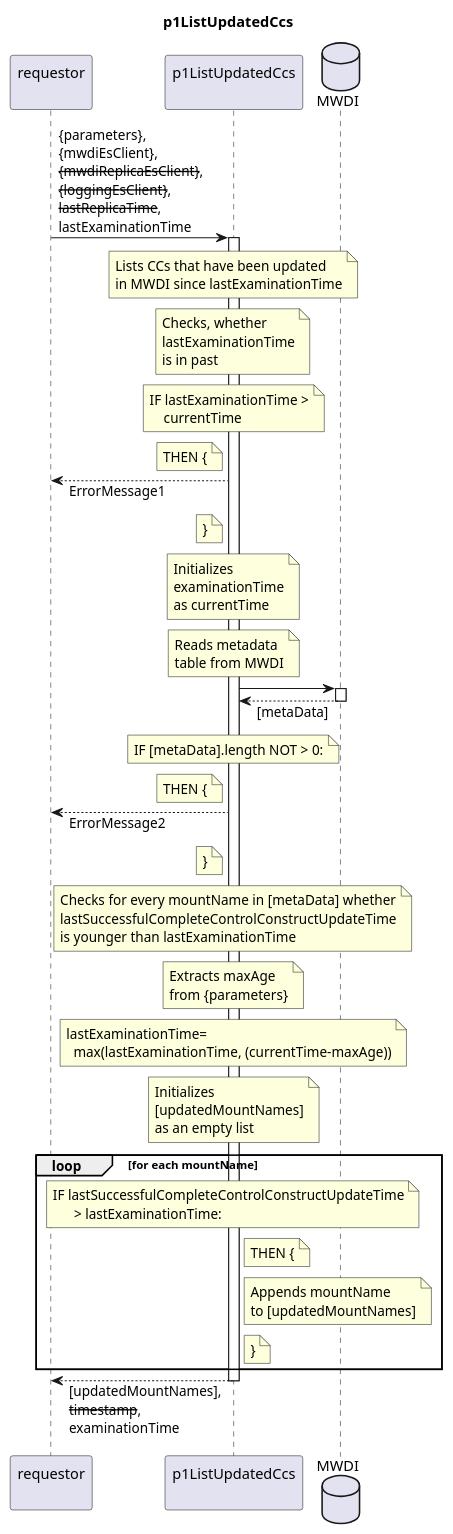
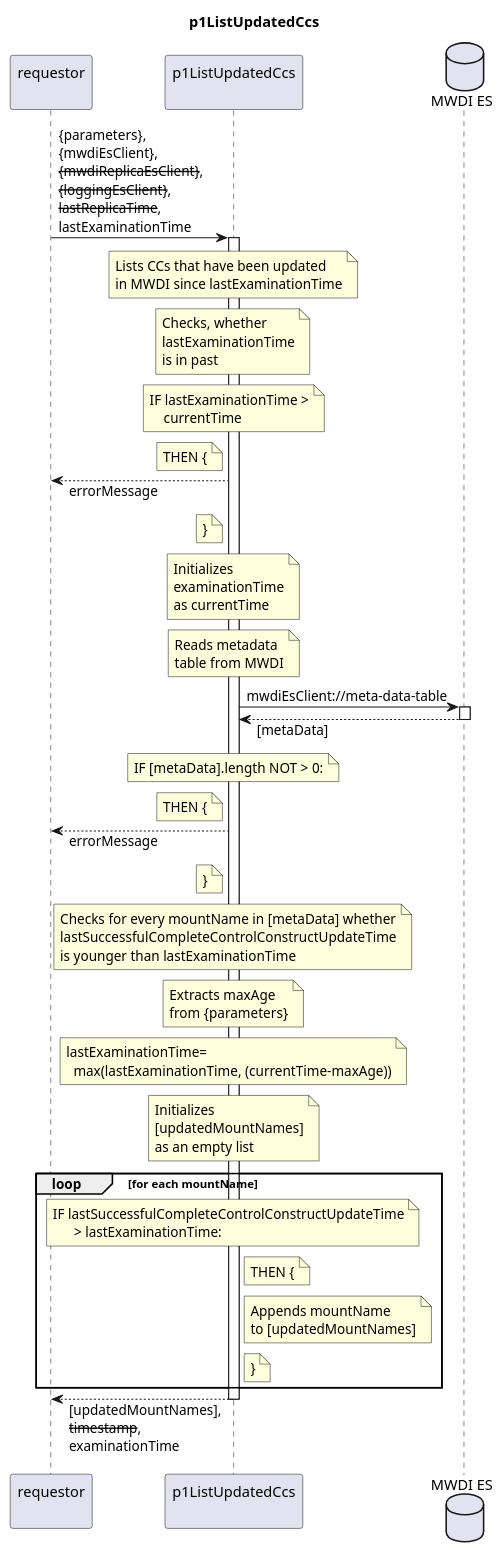
Before and after one commit to openBackhaul/FirmWareManager: the diagram in spec/Functions/Measurement/p1ListUpdatedCcs/1.0.0/p1ListUpdatedCcs.plantuml, drawn with PlantUML. The commit also changed 53 other files, not shown here.

```diff
--- a/spec/Functions/Measurement/p1ListUpdatedCcs/1.0.0/p1ListUpdatedCcs.plantuml
+++ b/spec/Functions/Measurement/p1ListUpdatedCcs/1.0.0/p1ListUpdatedCcs.plantuml
@@ -1,101 +1,101 @@
 @startuml p1ListUpdatedCcs
 skinparam responseMessageBelowArrow true
 
 title
   p1ListUpdatedCcs
 end title
 
 participant "requestor\n" as requestor
 participant "p1ListUpdatedCcs\n" as indServ
 
-database "MWDI" as Mwdi
+database "MWDI ES" as Mwdi
 
 requestor -> indServ: {parameters},\n{mwdiEsClient},\n--{mwdiReplicaEsClient}--,\n--{loggingEsClient}--,\n--lastReplicaTime--,\nlastExaminationTime
 activate indServ
 
   note over indServ
     Lists CCs that have been updated
     in MWDI since lastExaminationTime
   end note
 
   note over indServ
     Checks, whether
     lastExaminationTime
     is in past
   end note
   note over indServ
     IF lastExaminationTime >
         currentTime
   end note
   note left indServ
     THEN {
   end note
-  requestor <-- indServ: ErrorMessage1
+  requestor <-- indServ: errorMessage
   note left indServ
     }
   end note
 
   note over indServ
     Initializes
     examinationTime
     as currentTime
   end note
   note over indServ
     Reads metadata
     table from MWDI
   end note
-  indServ -> Mwdi
+  indServ -> Mwdi: mwdiEsClient://meta-data-table
   activate Mwdi
   indServ <-- Mwdi: [metaData]
   deactivate Mwdi
   note over indServ
     IF [metaData].length NOT > 0:
   end note
   note left indServ
     THEN {
   end note
-  requestor <-- indServ: ErrorMessage2
+  requestor <-- indServ: errorMessage
   note left indServ
     }
   end note
 
   note over indServ
     Checks for every mountName in [metaData] whether
     lastSuccessfulCompleteControlConstructUpdateTime
     is younger than lastExaminationTime
   end note
   note over indServ
     Extracts maxAge
     from {parameters}
   end note
   note over indServ
     lastExaminationTime=
       max(lastExaminationTime, (currentTime-maxAge))
   end note
   note over indServ
     Initializes
     [updatedMountNames]
     as an empty list
   end note
   loop for each mountName
     note over indServ
       IF lastSuccessfulCompleteControlConstructUpdateTime
             > lastExaminationTime:
     end note
     note right indServ
       THEN {
     end note
     note right indServ
       Appends mountName
       to [updatedMountNames]
     end note
     note right indServ
       }
     end note
   end loop
 
 
 requestor <-- indServ: [updatedMountNames],\n--timestamp--,\nexaminationTime
 deactivate indServ
 
 @enduml
```
